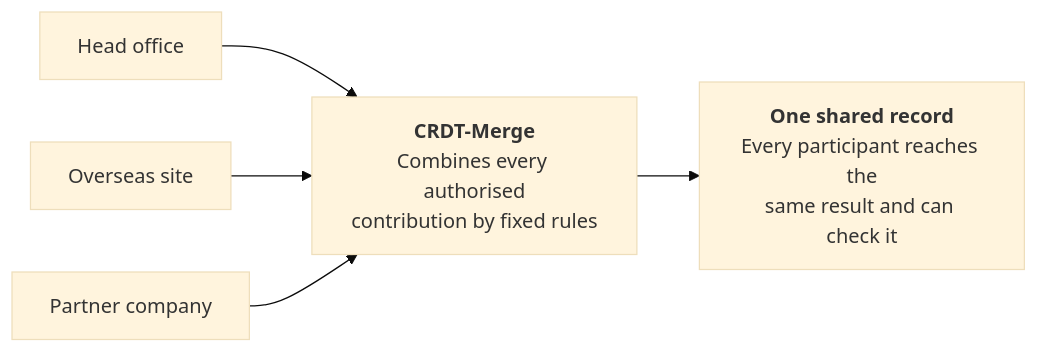
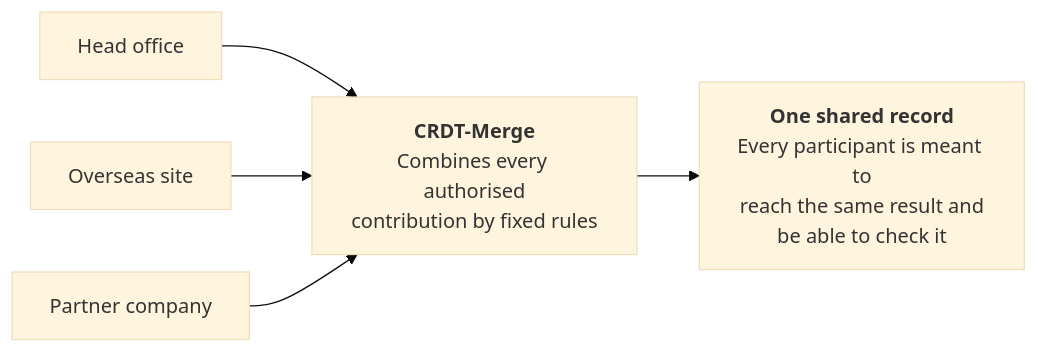
The fourth of 4 diagrams in docs/trust-architecture/README.md (mgillr/memev), drawn with Mermaid (base theme) before and after one commit. The commit also changed other lines of this file and 12 other files, not shown here.

````diff
--- a/docs/trust-architecture/README.md
+++ b/docs/trust-architecture/README.md
@@ -69,12 +89,12 @@
 ```mermaid
 flowchart LR
     a["Head office"]
     b["Overseas site"]
     c["Partner company"]
     merge["<b>CRDT-Merge</b><br/>Combines every authorised<br/>contribution by fixed rules"]
-    record["<b>One shared record</b><br/>Every participant reaches the<br/>same result and can check it"]
+    record["<b>One shared record</b><br/>Every participant is meant to<br/>reach the same result and<br/>be able to check it"]
     a --> merge
     b --> merge
     c --> merge
     merge --> record
 ```
````
